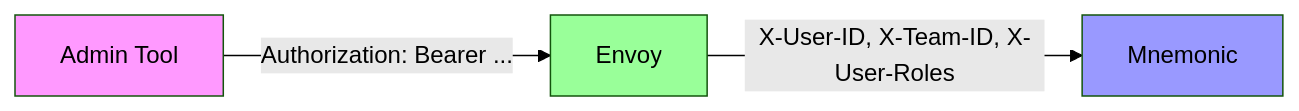
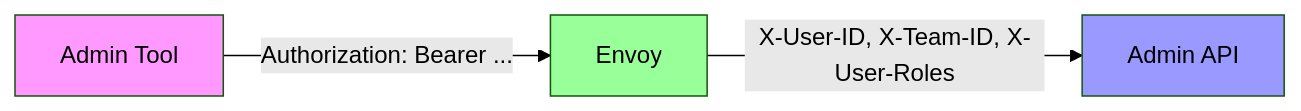
The seventh of 10 diagrams in docs/architecture/system/01-security-architecture.md (twistingmercury/mnemonic-docs), drawn with Mermaid (forest theme) before and after one commit. The commit also changed other lines of this file and 1 other file, not shown here.

Commit message:
docs: fix observability and security architecture for three-service topology

````diff
--- a/docs/architecture/system/01-security-architecture.md
+++ b/docs/architecture/system/01-security-architecture.md
@@ -369,9 +374,9 @@
 ```mermaid
 graph LR
     ADMIN[Admin Tool] -->|"Authorization: Bearer ..."| ENV[Envoy]
-    ENV -->|"X-User-ID, X-Team-ID, X-User-Roles"| MN[Mnemonic]
+    ENV -->|"X-User-ID, X-Team-ID, X-User-Roles"| API[Admin API]
 
     style ADMIN fill:#f9f
     style ENV fill:#9f9
-    style MN fill:#99f
+    style API fill:#99f
 ```
````
